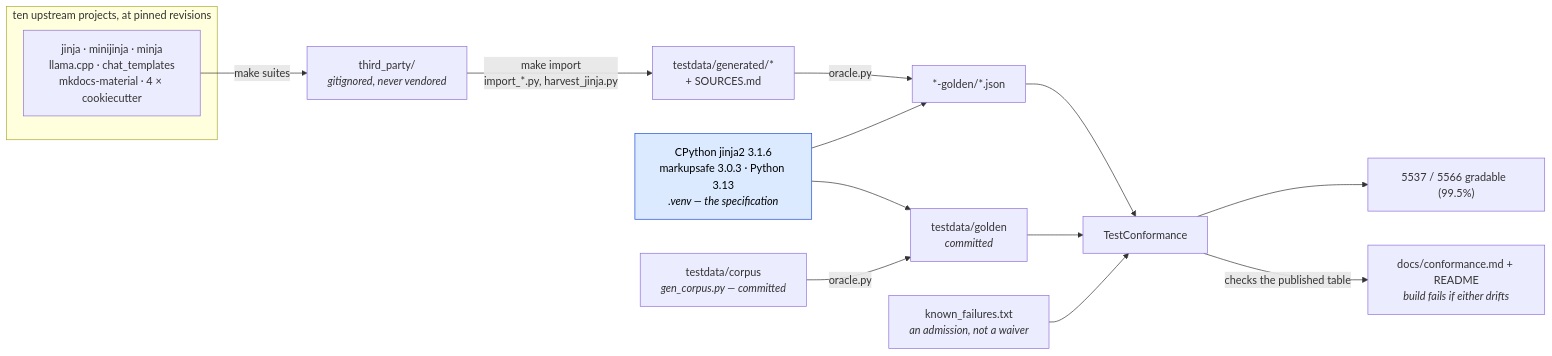
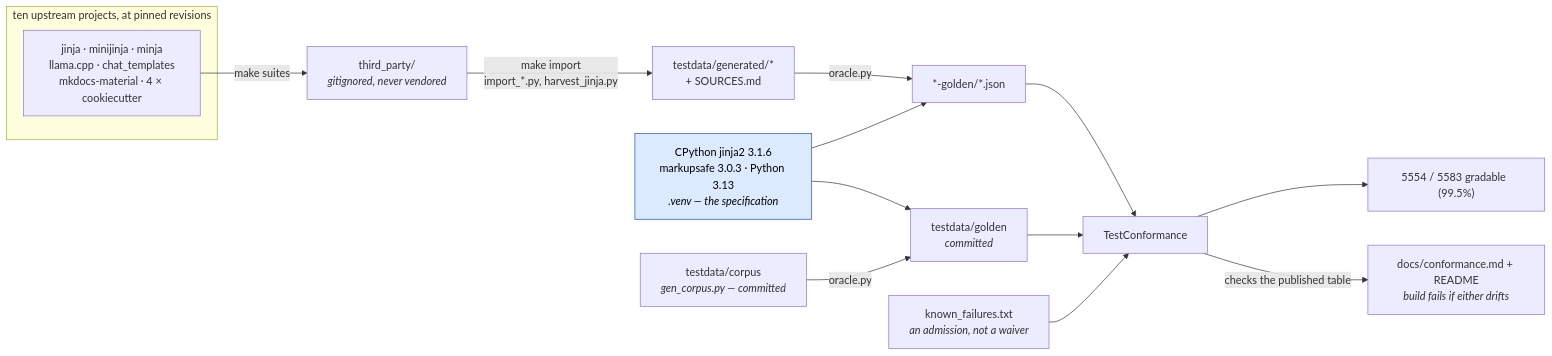
The first of 2 diagrams in docs/conformance.md (mgilbir/gojja2), drawn with Mermaid before and after one commit. The commit also changed other lines of this file and 65 other files, not shown here.

````diff
--- a/docs/conformance.md
+++ b/docs/conformance.md
@@ -17,24 +17,24 @@
 ```mermaid
 flowchart LR
     subgraph up["ten upstream projects, at pinned revisions"]
         U1["jinja · minijinja · minja<br/>llama.cpp · chat_templates<br/>mkdocs-material · 4 × cookiecutter"]
     end
     U1 -->|"make suites"| TP["third_party/<br/><i>gitignored, never vendored</i>"]
     TP -->|"make import<br/>import_*.py, harvest_jinja.py"| GEN["testdata/generated/*<br/>+ SOURCES.md"]
 
     ORA["CPython jinja2 3.1.6<br/>markupsafe 3.0.3 · Python 3.13<br/><i>.venv — the specification</i>"]
     GEN -->|"oracle.py"| G2["*-golden/*.json"]
     ORA --> G2
 
     OWN["testdata/corpus<br/><i>gen_corpus.py — committed</i>"] -->|"oracle.py"| G1["testdata/golden<br/><i>committed</i>"]
     ORA --> G1
 
     G1 --> TC["TestConformance"]
     G2 --> TC
     KF["known_failures.txt<br/><i>an admission, not a waiver</i>"] --> TC
-    TC --> RATE["5537 / 5566 gradable  (99.5%)"]
+    TC --> RATE["5554 / 5583 gradable  (99.5%)"]
     TC -->|"checks the published table"| RM["docs/conformance.md + README<br/><i>build fails if either drifts</i>"]
 
     classDef spec fill:#dbeafe,stroke:#1d4ed8,color:#000
     class ORA spec
 ```
````
